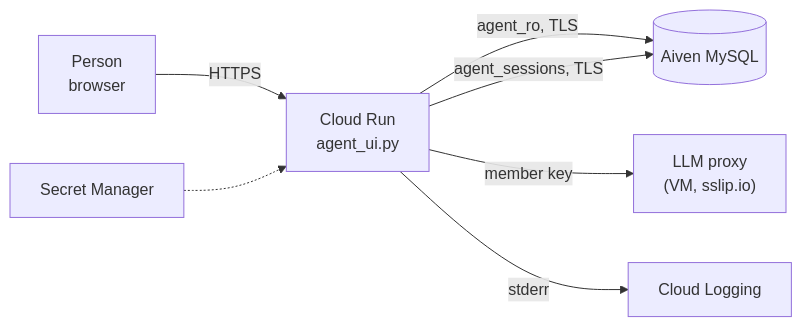
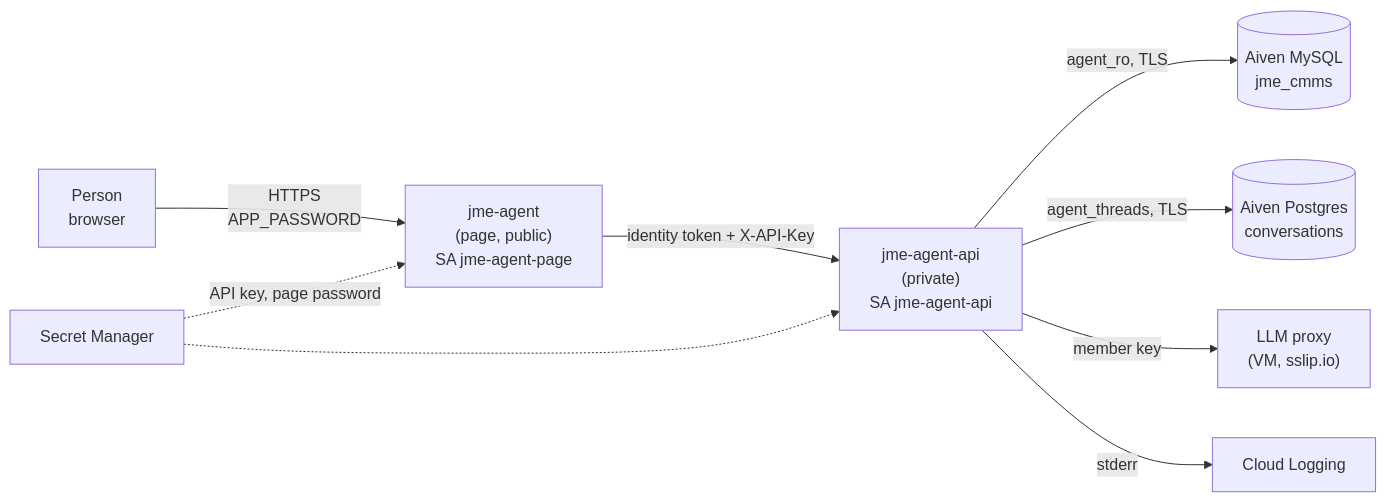
The second of 2 diagrams in docs/agent_ui.md (ensanguine2279/sctp-aie-m5-jurong-marine), drawn with Mermaid before and after one commit. The commit also changed other lines of this file and 14 other files, not shown here.

````diff
--- a/docs/agent_ui.md
+++ b/docs/agent_ui.md
@@ -268,9 +273,11 @@
 ```mermaid
 flowchart LR
-    P["Person<br/>browser"] -->|HTTPS| R["Cloud Run<br/>agent_ui.py"]
-    R -->|"agent_ro, TLS"| A[("Aiven MySQL")]
-    R -->|"agent_sessions, TLS"| A
-    R -->|"member key"| L["LLM proxy<br/>(VM, sslip.io)"]
-    S["Secret Manager"] -.-> R
-    R -->|stderr| G["Cloud Logging"]
+    P["Person<br/>browser"] -->|"HTTPS<br/>APP_PASSWORD"| W["jme-agent<br/>(page, public)<br/>SA jme-agent-page"]
+    W -->|"identity token + X-API-Key"| A["jme-agent-api<br/>(private)<br/>SA jme-agent-api"]
+    A -->|"agent_ro, TLS"| M[("Aiven MySQL<br/>jme_cmms")]
+    A -->|"agent_threads, TLS"| G[("Aiven Postgres<br/>conversations")]
+    A -->|"member key"| L["LLM proxy<br/>(VM, sslip.io)"]
+    S["Secret Manager"] -.-> A
+    S -.->|"API key, page password"| W
+    A -->|stderr| CL["Cloud Logging"]
 ```
````
